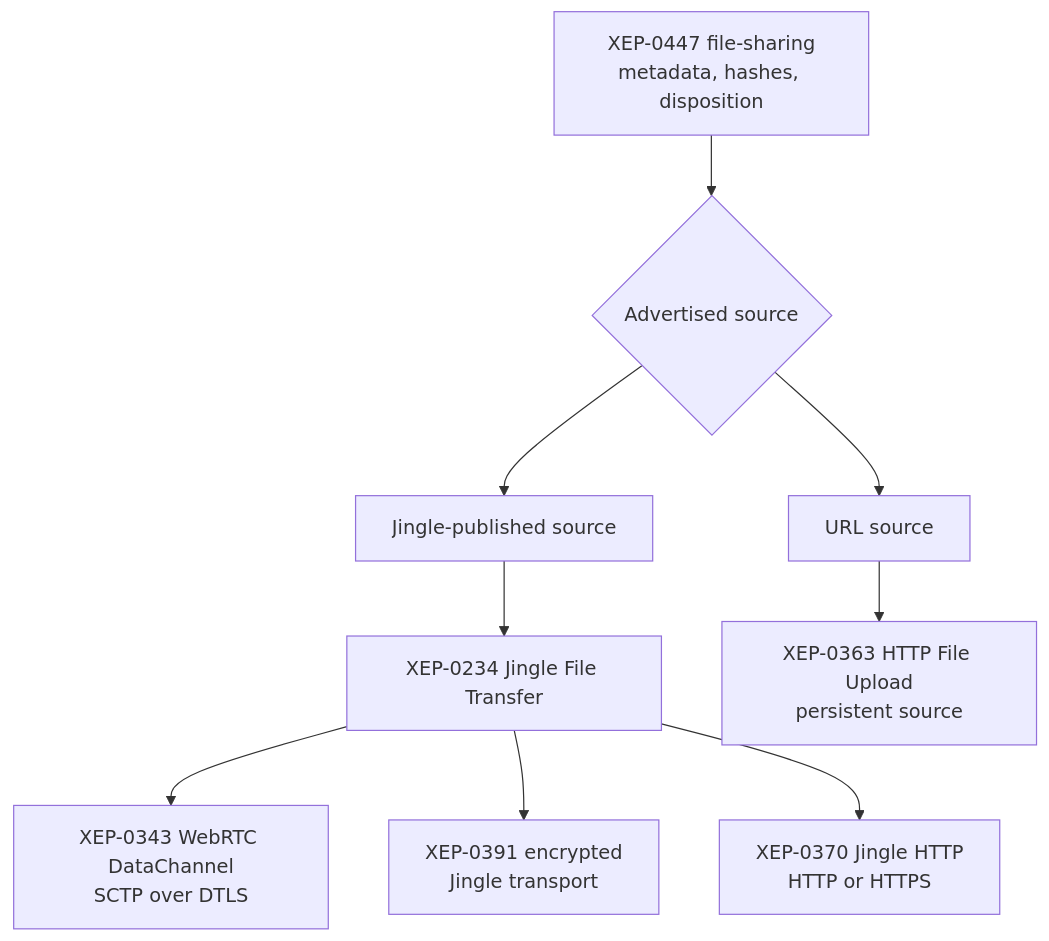
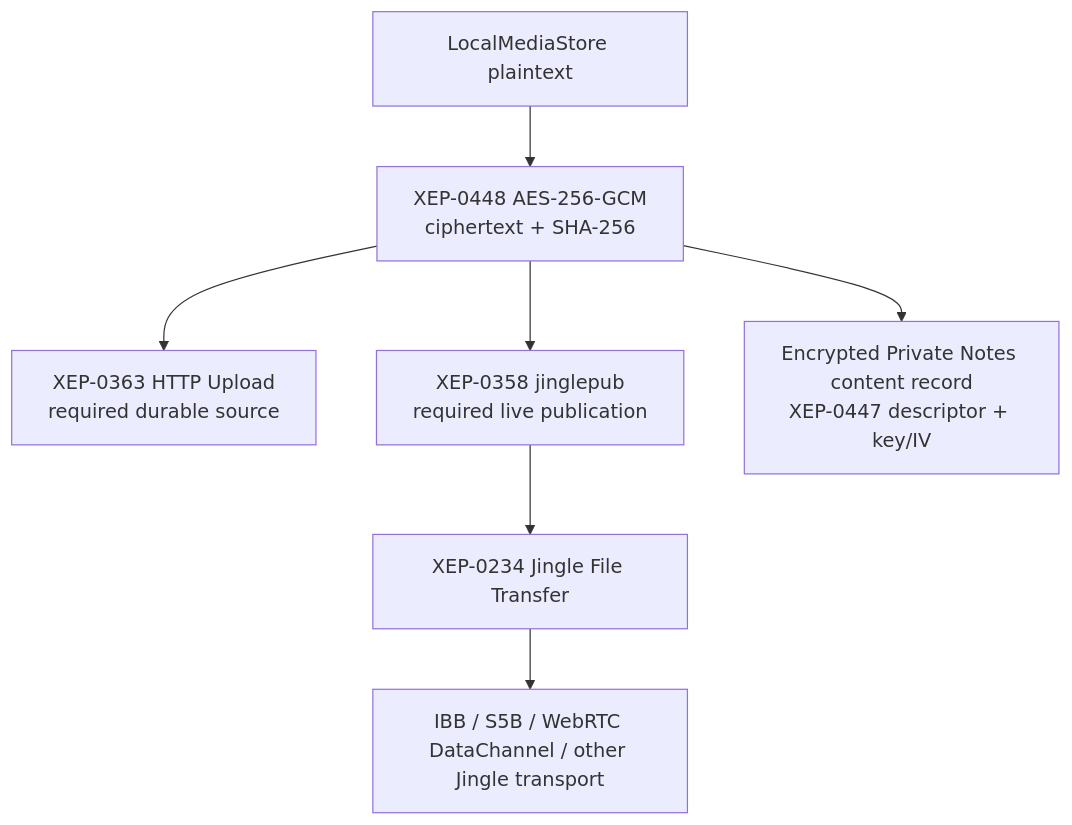
Before and after one commit to Ri0n/AnyKeep: the seventh of 7 diagrams in docs/media-storage-architecture.md, drawn with Mermaid. The commit also changed other lines of this file and 17 other files, not shown here.

````diff
--- a/docs/media-storage-architecture.md
+++ b/docs/media-storage-architecture.md
@@ -316,19 +314,15 @@
 ```mermaid
 flowchart TD
-    SFS["XEP-0447 file-sharing<br/>metadata, hashes, disposition"]
-    SRC{"Advertised source"}
-    JP["Jingle-published source"]
-    URL["URL source"]
+    LOCAL["LocalMediaStore plaintext"]
+    ESFS["XEP-0448 AES-256-GCM<br/>ciphertext + SHA-256"]
+    HTTP["XEP-0363 HTTP Upload<br/>required durable source"]
+    JP["XEP-0358 jinglepub<br/>required live publication"]
     JFT["XEP-0234 Jingle File Transfer"]
-    DC["XEP-0343 WebRTC DataChannel<br/>SCTP over DTLS"]
-    JET["XEP-0391 encrypted<br/>Jingle transport"]
-    JHTTP["XEP-0370 Jingle HTTP<br/>HTTP or HTTPS"]
-    HFU["XEP-0363 HTTP File Upload<br/>persistent source"]
+    TRANSPORT["IBB / S5B / WebRTC DataChannel / other Jingle transport"]
+    NOTE["Encrypted Private Notes content record<br/>XEP-0447 descriptor + key/IV"]
 
-    SFS --> SRC
-    SRC --> JP --> JFT
-    SRC --> URL --> HFU
-    JFT --> DC
-    JFT --> JET
-    JFT --> JHTTP
+    LOCAL --> ESFS
+    ESFS --> HTTP
+    ESFS --> JP --> JFT --> TRANSPORT
+    ESFS --> NOTE
 ```
````
